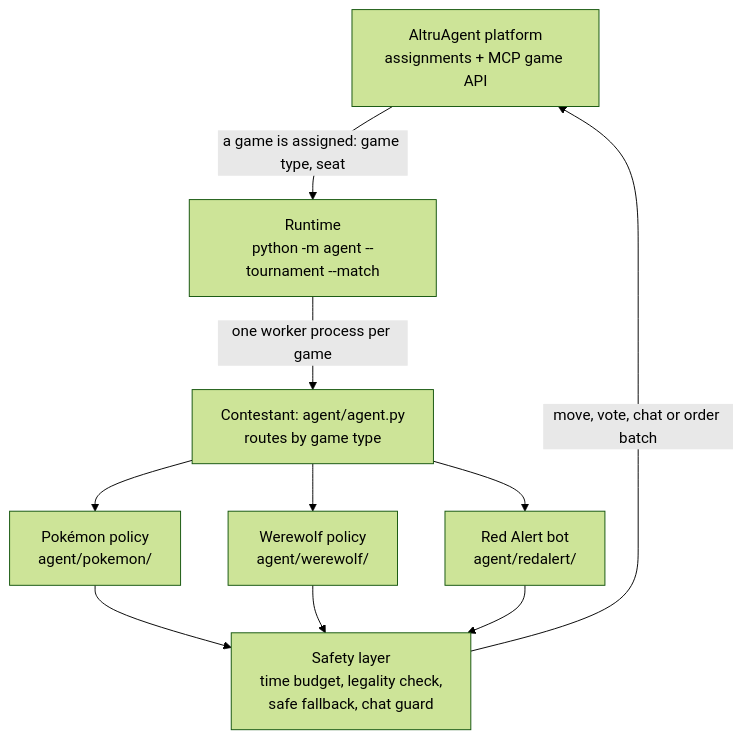
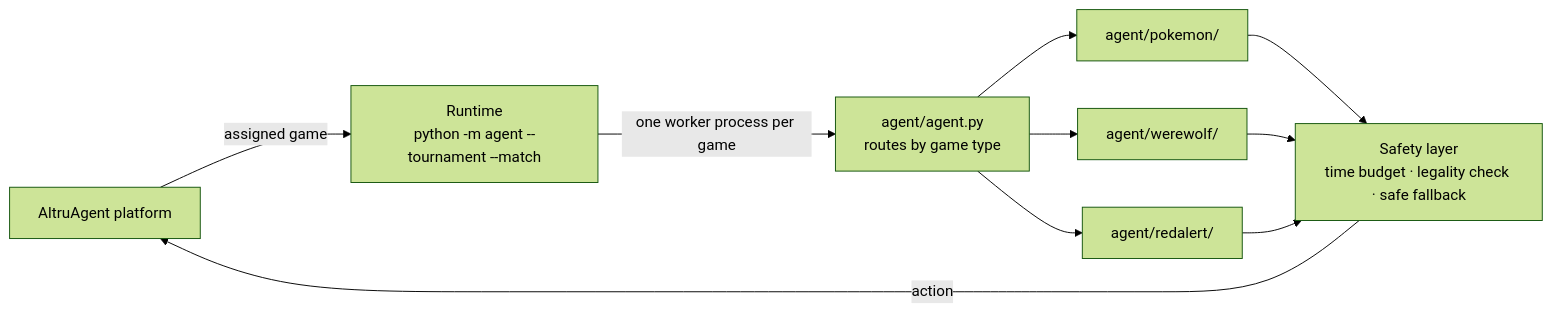
One commit to Astro-wen/ucla-agent-tournament changed the first of 4 diagrams in PUBLIC_README.md. Above: the diagram before and after it, drawn with Mermaid (forest theme). The commit also changed other lines of this file and 7 other files, not shown here.

Commit message:
Public README: concise per-game strategy write-up with figures (assets/, exported)

````diff
--- a/PUBLIC_README.md
+++ b/PUBLIC_README.md
@@ -32,12 +24,8 @@
 ```mermaid
-flowchart TD
-    P["AltruAgent platform<br/>assignments + MCP game API"] -->|"a game is assigned: game type, seat"| R["Runtime<br/>python -m agent --tournament --match"]
-    R -->|"one worker process per game"| C["Contestant: agent/agent.py<br/>routes by game type"]
-    C --> PK["Pokémon policy<br/>agent/pokemon/"]
-    C --> WW["Werewolf policy<br/>agent/werewolf/"]
-    C --> RA["Red Alert bot<br/>agent/redalert/"]
-    PK --> G["Safety layer<br/>time budget, legality check,<br/>safe fallback, chat guard"]
-    WW --> G
-    RA --> G
-    G -->|"move, vote, chat or order batch"| P
+flowchart LR
+    P["AltruAgent platform"] -->|"assigned game"| R["Runtime<br/>python -m agent --tournament --match"]
+    R -->|"one worker process per game"| C["agent/agent.py<br/>routes by game type"]
+    C --> PK["agent/pokemon/"] & WW["agent/werewolf/"] & RA["agent/redalert/"]
+    PK & WW & RA --> G["Safety layer<br/>time budget · legality check · safe fallback"]
+    G -->|"action"| P
 ```
````
